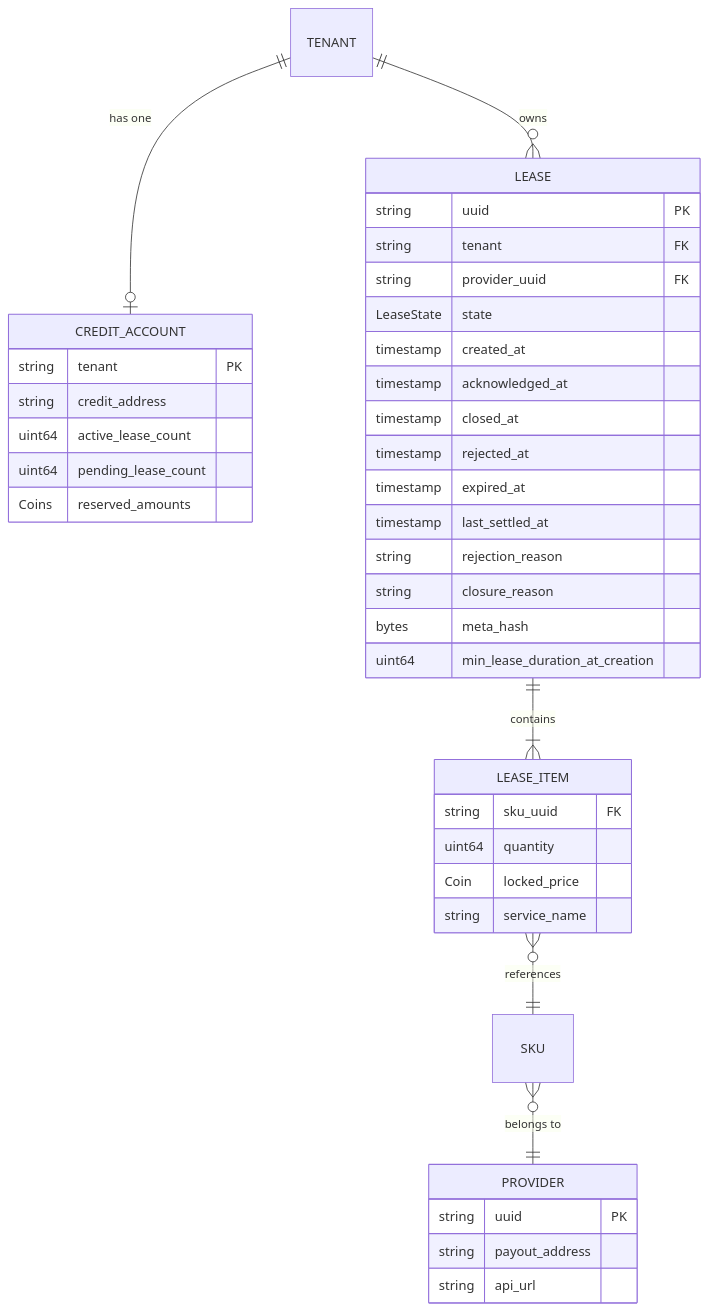
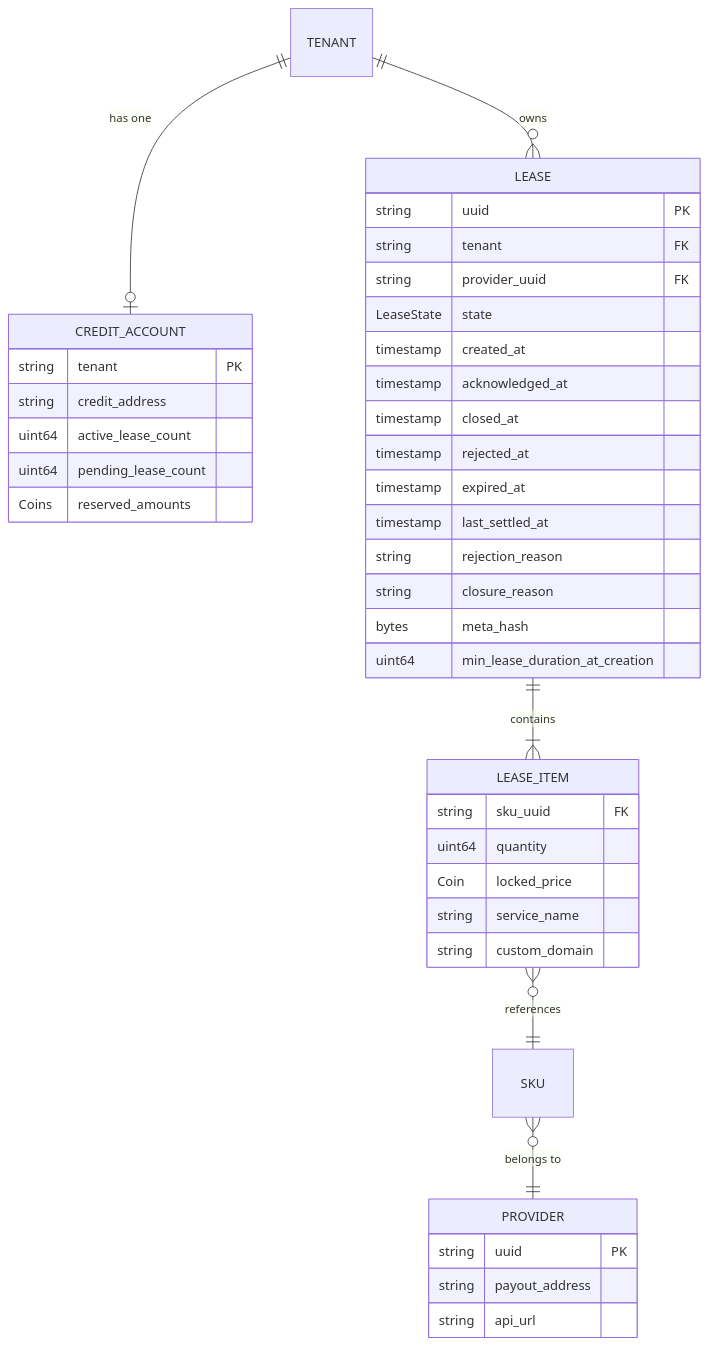
One commit to manifest-network/manifest-ledger changed the second of 13 diagrams in x/billing/docs/ARCHITECTURE.md. Above: the diagram before and after it, drawn with Mermaid. The commit also changed other lines of this file and 16 other files, not shown here.

````diff
--- a/x/billing/docs/ARCHITECTURE.md
+++ b/x/billing/docs/ARCHITECTURE.md
@@ -39,46 +39,47 @@
 ```mermaid
 erDiagram
     TENANT ||--o| CREDIT_ACCOUNT : "has one"
     TENANT ||--o{ LEASE : "owns"
     LEASE ||--|{ LEASE_ITEM : "contains"
     LEASE_ITEM }o--|| SKU : "references"
     SKU }o--|| PROVIDER : "belongs to"
     
     CREDIT_ACCOUNT {
         string tenant PK
         string credit_address
         uint64 active_lease_count
         uint64 pending_lease_count
         Coins reserved_amounts
     }
     
     LEASE {
         string uuid PK
         string tenant FK
         string provider_uuid FK
         LeaseState state
         timestamp created_at
         timestamp acknowledged_at
         timestamp closed_at
         timestamp rejected_at
         timestamp expired_at
         timestamp last_settled_at
         string rejection_reason
         string closure_reason
         bytes meta_hash
         uint64 min_lease_duration_at_creation
     }
     
     LEASE_ITEM {
         string sku_uuid FK
         uint64 quantity
         Coin locked_price
         string service_name
+        string custom_domain
     }
     
     PROVIDER {
         string uuid PK
         string payout_address
         string api_url
     }
 ```
````
